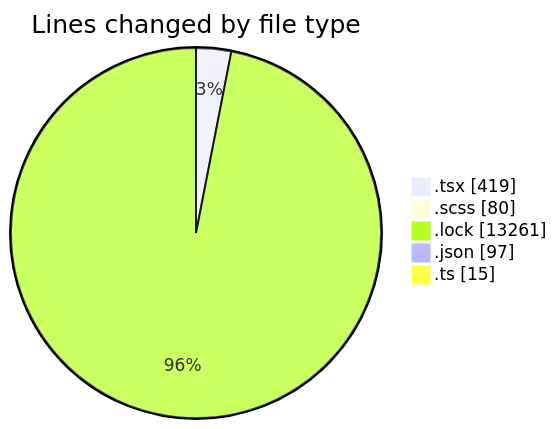
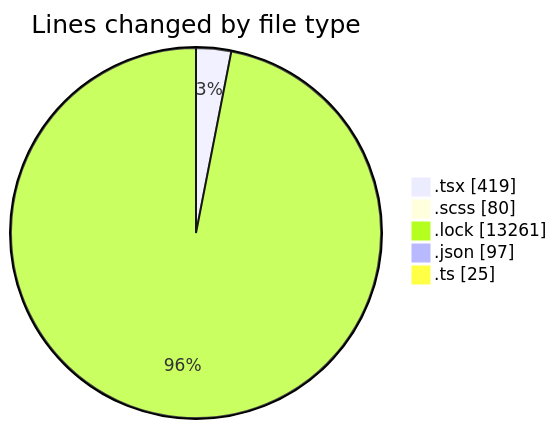
Before and after one commit to momahboobian/code-tracking: the first of 2 diagrams in 2025-05-06/cda/README.md, drawn with Mermaid. The commit also changed other lines of this file and 1 other file, not shown here.

````diff
--- a/2025-05-06/cda/README.md
+++ b/2025-05-06/cda/README.md
@@ -28,9 +29,9 @@
 ```mermaid
 pie showData
 title Lines changed by file type
 ".tsx" : 419
 ".scss" : 80
 ".lock" : 13261
 ".json" : 97
-".ts" : 15
+".ts" : 25
 ```
````
